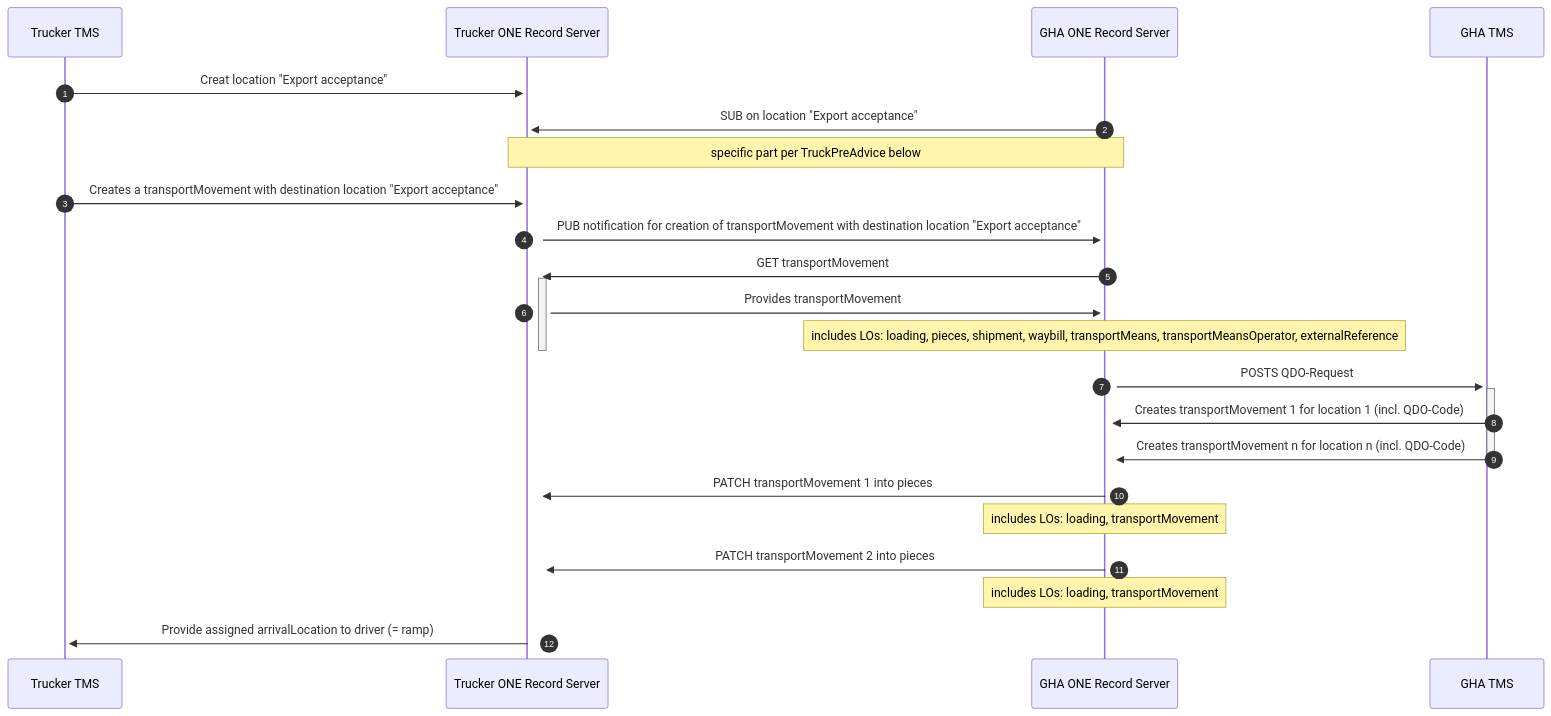
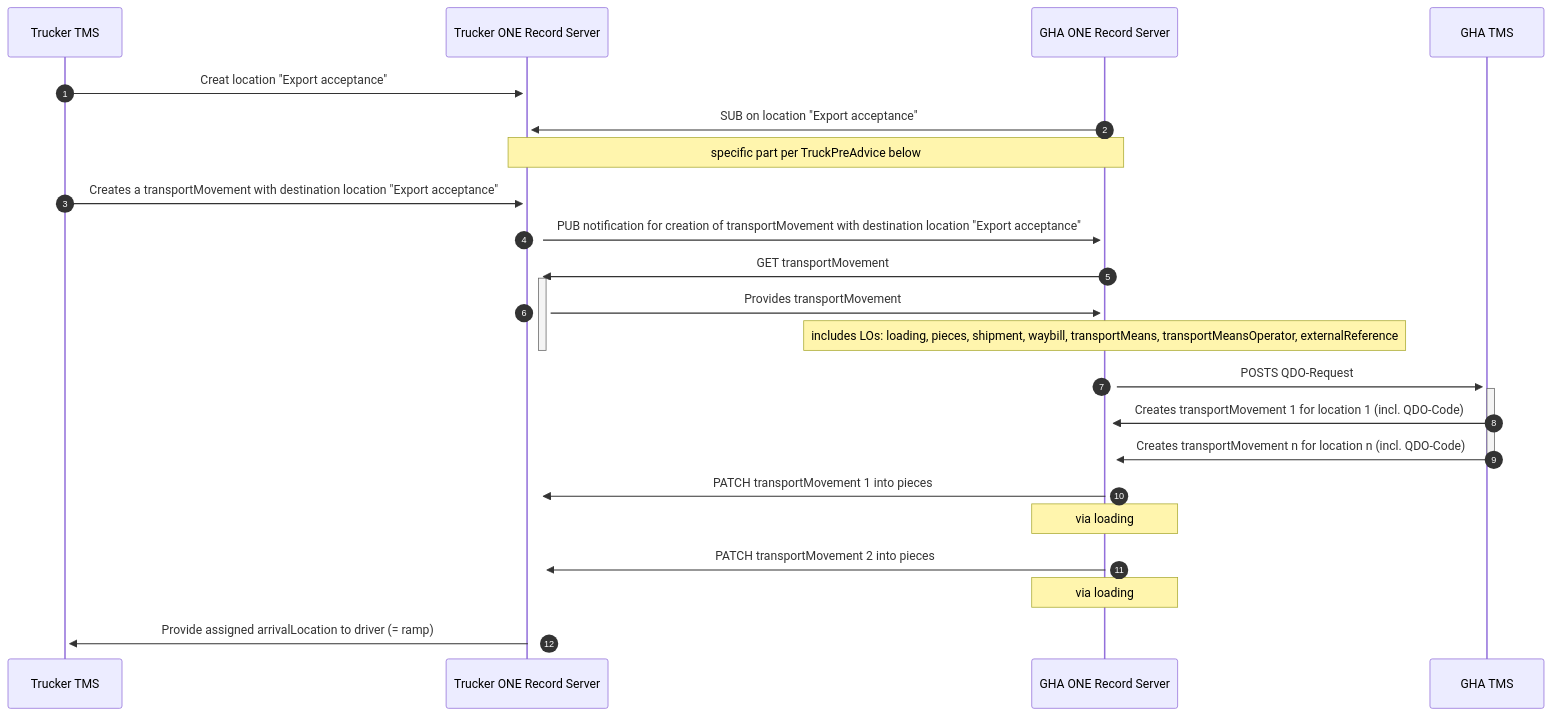
Before and after one commit to digital-cargo/good-practice-truck-preadvice: the diagram in README.md, drawn with Mermaid.

````diff
--- a/README.md
+++ b/README.md
@@ -95,29 +95,30 @@
 ```mermaid
 sequenceDiagram
     participant Trucker TMS
     participant Trucker ONE Record Server
     participant GHA ONE Record Server
     participant GHA TMS
     autonumber
     Trucker TMS->>+Trucker ONE Record Server: Creat location "Export acceptance"
     GHA ONE Record Server->>+Trucker ONE Record Server: SUB on location "Export acceptance"
     note over Trucker ONE Record Server, GHA ONE Record Server: specific part per TruckPreAdvice below
     Trucker TMS->>+Trucker ONE Record Server: Creates a transportMovement with destination location "Export acceptance"
     Trucker ONE Record Server->>+GHA ONE Record Server: PUB notification for creation of transportMovement with destination location "Export acceptance"
     activate Trucker ONE Record Server
         GHA ONE Record Server->>+ Trucker ONE Record Server: GET transportMovement
         Trucker ONE Record Server->>+ GHA ONE Record Server: Provides transportMovement
         note over GHA ONE Record Server: includes LOs: loading, pieces, shipment, waybill, transportMeans, transportMeansOperator, externalReference
     deactivate Trucker ONE Record Server
     activate GHA TMS
         GHA ONE Record Server->>+GHA TMS: POSTS QDO-Request
         GHA TMS->>+GHA ONE Record Server: Creates transportMovement 1 for location 1 (incl. QDO-Code)
         GHA TMS->>+GHA ONE Record Server: Creates transportMovement n for location n (incl. QDO-Code)
     deactivate GHA TMS
     GHA ONE Record Server->>+ Trucker ONE Record Server: PATCH transportMovement 1 into pieces
-    note over GHA ONE Record Server: includes LOs: loading, transportMovement
+    note over GHA ONE Record Server: via loading
     GHA ONE Record Server->>+ Trucker ONE Record Server: PATCH transportMovement 2 into pieces
-    note over GHA ONE Record Server: includes LOs: loading, transportMovement
+    note over GHA ONE Record Server: via loading
     Trucker ONE Record Server ->>+Trucker TMS: Provide assigned arrivalLocation to driver (= ramp)
 
+
 ```
````
